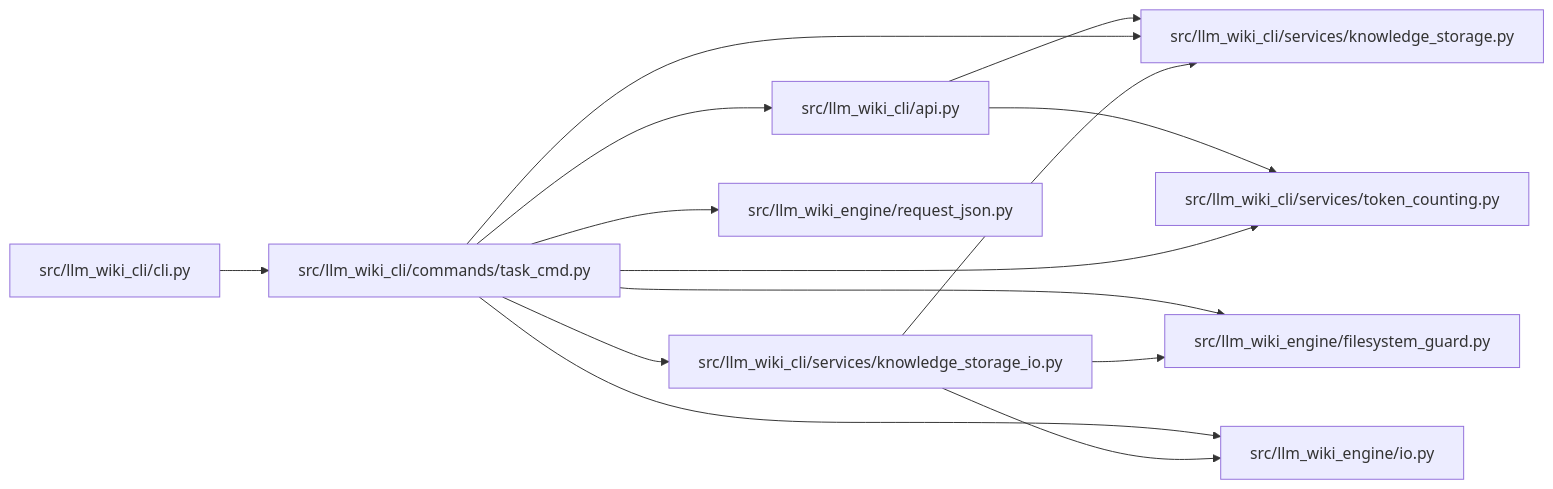
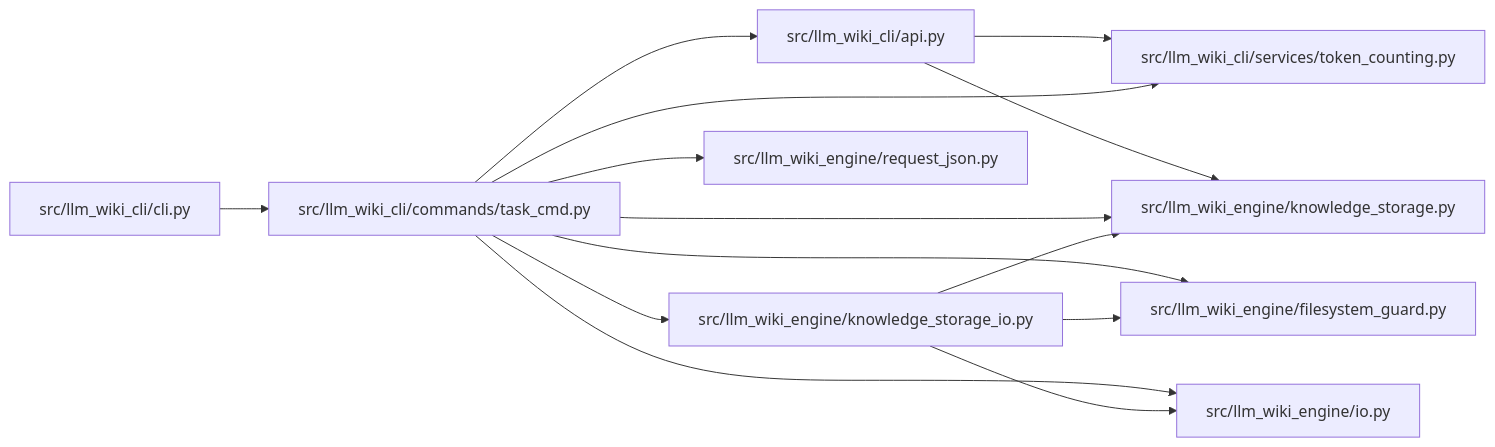
The diagram in docs/llm_wiki/modules/task_cmd.md (Denissvgn/python-wiki-llm), drawn with Mermaid before and after one commit. The commit also changed other lines of this file and 1058 other files, not shown here.

First line of the commit message:
docs: refresh the wiki for the knowledge store move

````diff
--- a/docs/llm_wiki/modules/task_cmd.md
+++ b/docs/llm_wiki/modules/task_cmd.md
@@ -28,34 +28,34 @@
 ```mermaid
 flowchart LR
     n0["src/llm_wiki_cli/api.py"]
     n1["src/llm_wiki_cli/cli.py"]
     n2["src/llm_wiki_cli/commands/task_cmd.py"]
-    n3["src/llm_wiki_cli/services/knowledge_storage.py"]
-    n4["src/llm_wiki_cli/services/knowledge_storage_io.py"]
-    n5["src/llm_wiki_cli/services/token_counting.py"]
-    n6["src/llm_wiki_engine/filesystem_guard.py"]
-    n7["src/llm_wiki_engine/io.py"]
+    n3["src/llm_wiki_cli/services/token_counting.py"]
+    n4["src/llm_wiki_engine/filesystem_guard.py"]
+    n5["src/llm_wiki_engine/io.py"]
+    n6["src/llm_wiki_engine/knowledge_storage.py"]
+    n7["src/llm_wiki_engine/knowledge_storage_io.py"]
     n8["src/llm_wiki_engine/request_json.py"]
     n0 --> n3
-    n0 --> n5
+    n0 --> n6
     n1 --> n2
     n2 --> n0
     n2 --> n3
     n2 --> n4
     n2 --> n5
     n2 --> n6
     n2 --> n7
     n2 --> n8
-    n4 --> n3
-    n4 --> n6
-    n4 --> n7
+    n7 --> n4
+    n7 --> n5
+    n7 --> n6
     click n0 "../modules/api.md"
     click n1 "../modules/cli.md"
     click n2 "../modules/task_cmd.md"
-    click n3 "../modules/knowledge_storage.md"
-    click n4 "../modules/knowledge_storage_io.md"
-    click n5 "../modules/token_counting.md"
-    click n6 "../modules/filesystem_guard.md"
-    click n7 "../modules/io.md"
+    click n3 "../modules/token_counting.md"
+    click n4 "../modules/filesystem_guard.md"
+    click n5 "../modules/io.md"
+    click n6 "../modules/knowledge_storage.md"
+    click n7 "../modules/knowledge_storage_io.md"
     click n8 "../modules/request_json.md"
 ```
````
